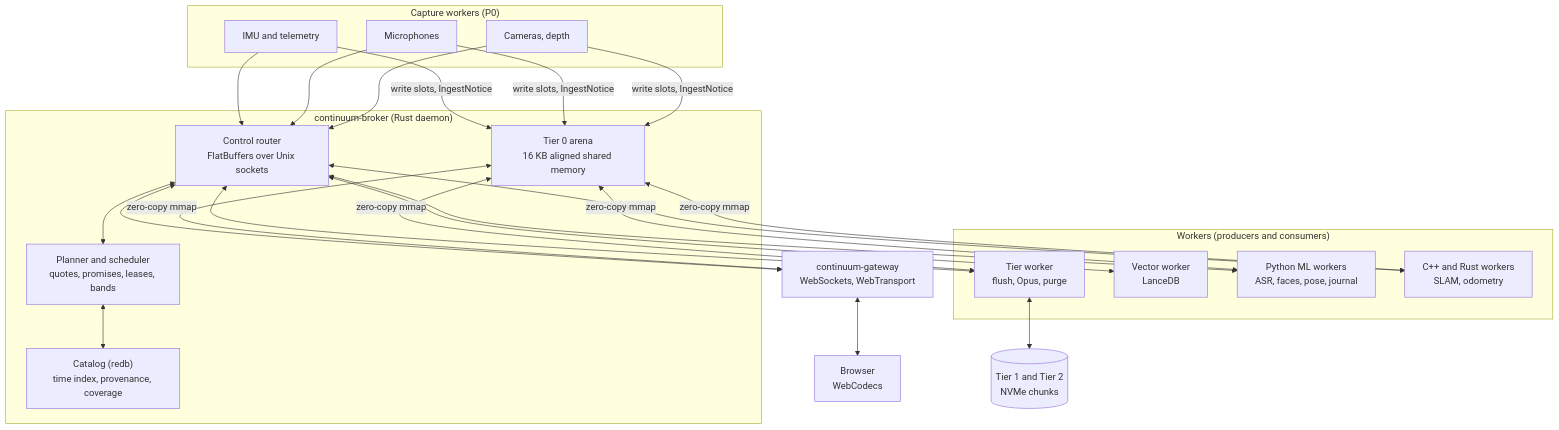
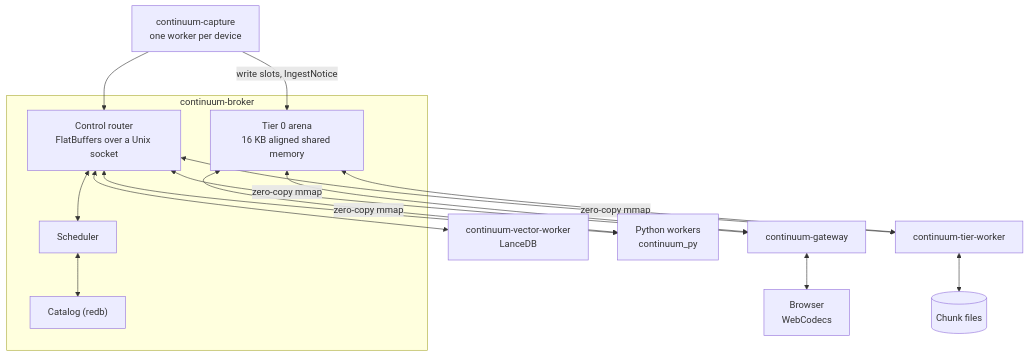
The diagram in docs/CONTINUUM.md (liseman/liberation.al), drawn with Mermaid before and after one commit. The commit also changed other lines of this file and 91 other files, not shown here.

````diff
--- a/docs/CONTINUUM.md
+++ b/docs/CONTINUUM.md
@@ -192,32 +30,25 @@
 ```mermaid
 flowchart TB
-  subgraph Capture["Capture workers (P0)"]
-    CAM["Cameras, depth"]
-    MIC["Microphones"]
-    IMU["IMU and telemetry"]
+  CAP["continuum-capture<br/>one worker per device"]
+  subgraph Broker["continuum-broker"]
+    ROUTER["Control router<br/>FlatBuffers over a Unix socket"]
+    SHM["Tier 0 arena<br/>16 KB aligned shared memory"]
+    CAT["Catalog (redb)"]
+    SCHED["Scheduler"]
   end
-  subgraph Broker["continuum-broker (Rust daemon)"]
-    ROUTER["Control router<br/>FlatBuffers over Unix sockets"]
-    SHM["Tier 0 arena<br/>16 KB aligned shared memory"]
-    CAT["Catalog (redb)<br/>time index, provenance, coverage"]
-    SCHED["Planner and scheduler<br/>quotes, promises, leases, bands"]
-  end
-  subgraph Workers["Workers (producers and consumers)"]
-    TIERW["Tier worker<br/>flush, Opus, purge"]
-    VEC["Vector worker<br/>LanceDB"]
-    PY["Python ML workers<br/>ASR, faces, pose, journal"]
-    CPP["C++ and Rust workers<br/>SLAM, odometry"]
-  end
-  GW["continuum-gateway<br/>WebSockets, WebTransport"]
+  TIERW["continuum-tier-worker"]
+  VEC["continuum-vector-worker<br/>LanceDB"]
+  PY["Python workers<br/>continuum_py"]
+  GW["continuum-gateway"]
   WEB["Browser<br/>WebCodecs"]
-  DISK[("Tier 1 and Tier 2<br/>NVMe chunks")]
+  DISK[("Chunk files")]
 
-  CAM & MIC & IMU -->|write slots, IngestNotice| SHM
-  CAM & MIC & IMU --> ROUTER
+  CAP -->|write slots, IngestNotice| SHM
+  CAP --> ROUTER
   ROUTER <--> SCHED
   SCHED <--> CAT
-  SHM <-->|zero-copy mmap| PY & CPP & TIERW & GW
-  ROUTER <--> PY & CPP & TIERW & VEC & GW
+  SHM <-->|zero-copy mmap| PY & TIERW & GW
+  ROUTER <--> PY & TIERW & VEC & GW
   TIERW <--> DISK
   GW <--> WEB
 ```
````
